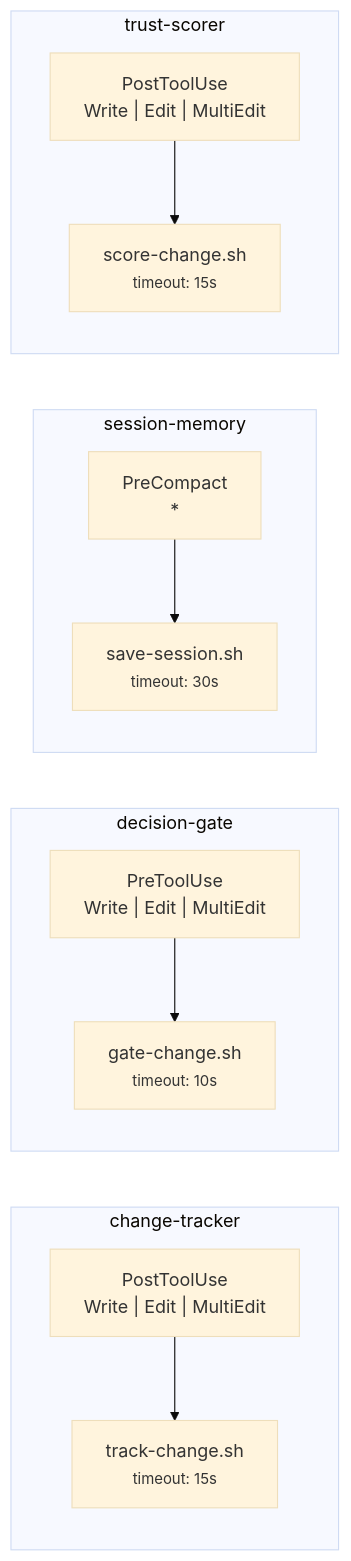
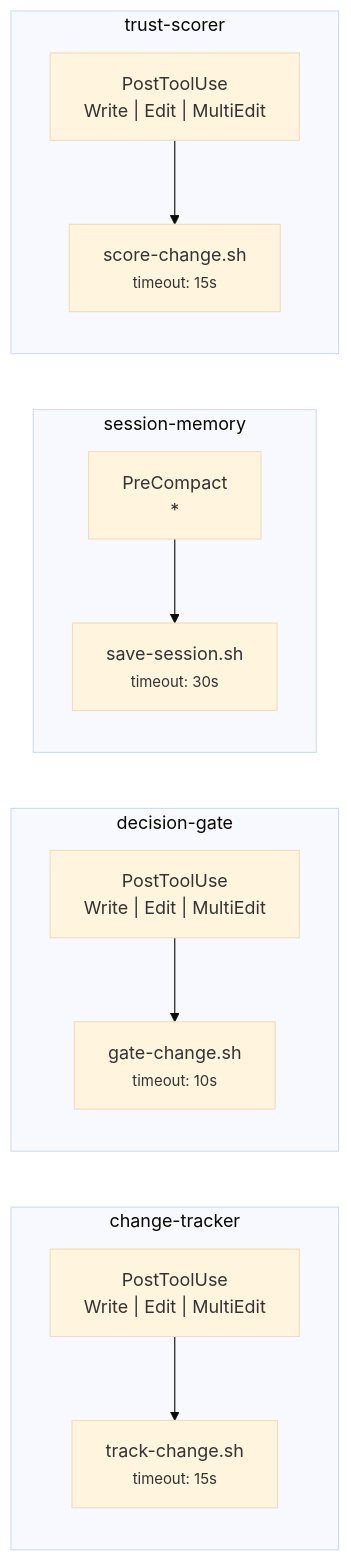
The diagram in docs/architecture/hooks.mmd (enchanted-plugins/crow), drawn with Mermaid (base theme) before and after one commit. The commit also changed 13 other files, not shown here.

First line of the commit message:
fix(decision-gate): align README, tests, and diagrams to PostToolUse contract

```diff
--- a/docs/architecture/hooks.mmd
+++ b/docs/architecture/hooks.mmd
@@ -1,21 +1,21 @@
 graph LR
     subgraph change_tracker["change-tracker"]
         change_tracker_h0_trigger["PostToolUse<br/>Write | Edit | MultiEdit"]
         change_tracker_h0_script["track-change.sh<br/><small>timeout: 15s</small>"]
         change_tracker_h0_trigger --> change_tracker_h0_script
     end
     subgraph decision_gate["decision-gate"]
-        decision_gate_h0_trigger["PreToolUse<br/>Write | Edit | MultiEdit"]
+        decision_gate_h0_trigger["PostToolUse<br/>Write | Edit | MultiEdit"]
         decision_gate_h0_script["gate-change.sh<br/><small>timeout: 10s</small>"]
         decision_gate_h0_trigger --> decision_gate_h0_script
     end
     subgraph session_memory["session-memory"]
         session_memory_h0_trigger["PreCompact<br/>*"]
         session_memory_h0_script["save-session.sh<br/><small>timeout: 30s</small>"]
         session_memory_h0_trigger --> session_memory_h0_script
     end
     subgraph trust_scorer["trust-scorer"]
         trust_scorer_h0_trigger["PostToolUse<br/>Write | Edit | MultiEdit"]
         trust_scorer_h0_script["score-change.sh<br/><small>timeout: 15s</small>"]
         trust_scorer_h0_trigger --> trust_scorer_h0_script
     end
```
